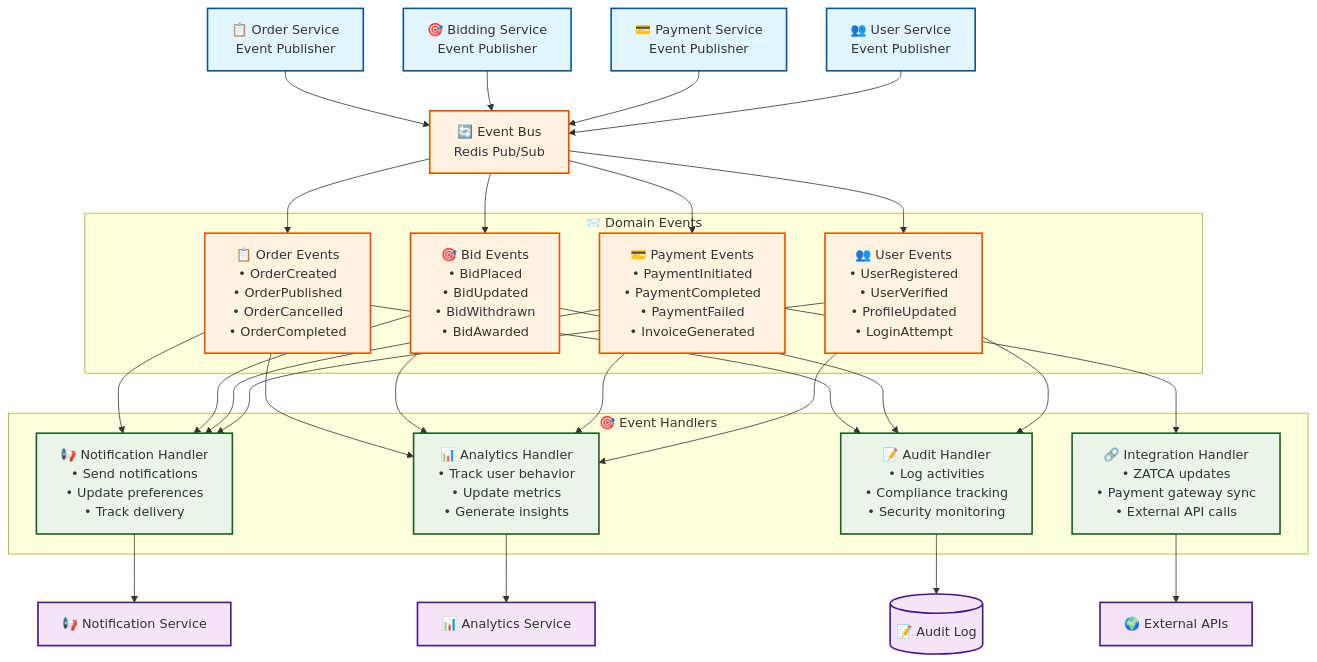
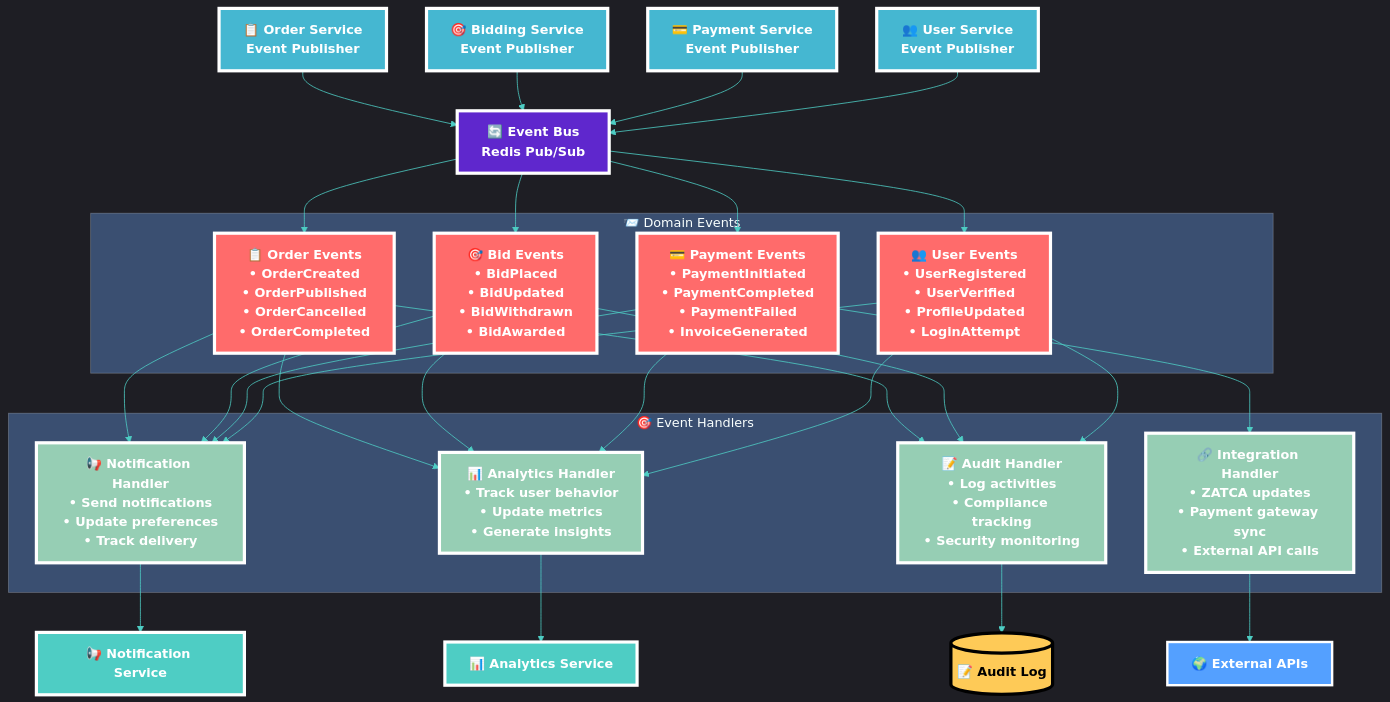
One commit to abdoElHodaky/larvrevrstender changed the seventh of 7 diagrams in diagrams/service-architecture.md. Above: the diagram before and after it, drawn with Mermaid. The commit also changed other lines of this file, not shown here.

First line of the commit message:
🎯 FINAL STEP: Complete service architecture diagrams with distinguished styling

````diff
--- a/diagrams/service-architecture.md
+++ b/diagrams/service-architecture.md
@@ -485,4 +620,20 @@
 ```mermaid
+%%{init: {
+  'theme': 'dark',
+  'themeVariables': {
+    'primaryColor': '#FF6B6B',
+    'primaryTextColor': '#FFFFFF',
+    'primaryBorderColor': '#FF8E8E',
+    'lineColor': '#4ECDC4',
+    'secondaryColor': '#45B7D1',
+    'tertiaryColor': '#96CEB4',
+    'background': '#0F172A',
+    'mainBkg': '#1E293B',
+    'secondBkg': '#334155',
+    'tertiaryBkg': '#475569'
+  }
+}}%%
+
 graph TB
     %% Event Sources
     OrderSvc[📋 Order Service<br/>Event Publisher]
@@ -542,14 +693,21 @@
     AuditHandler --> AuditLog[(📝 Audit Log)]
     IntegrationHandler --> ExternalAPIs[🌍 External APIs]
     
-    %% Styling
-    classDef serviceBox fill:#e1f5fe,stroke:#01579b,stroke-width:2px
-    classDef eventBox fill:#fff3e0,stroke:#e65100,stroke-width:2px
-    classDef handlerBox fill:#e8f5e8,stroke:#1b5e20,stroke-width:2px
-    classDef outputBox fill:#f3e5f5,stroke:#4a148c,stroke-width:2px
+    %% 🎨 Distinguished Eye-Catching Styling
+    classDef coreServiceStyle fill:#45B7D1,stroke:#FFFFFF,stroke-width:4px,color:#FFFFFF,font-weight:bold
+    classDef eventBusStyle fill:#5F27CD,stroke:#FFFFFF,stroke-width:4px,color:#FFFFFF,font-weight:bold
+    classDef eventStyle fill:#FF6B6B,stroke:#FFFFFF,stroke-width:4px,color:#FFFFFF,font-weight:bold
+    classDef handlerStyle fill:#96CEB4,stroke:#FFFFFF,stroke-width:4px,color:#FFFFFF,font-weight:bold
+    classDef outputServiceStyle fill:#4ECDC4,stroke:#FFFFFF,stroke-width:4px,color:#FFFFFF,font-weight:bold
+    classDef dataStyle fill:#FECA57,stroke:#000000,stroke-width:4px,color:#000000,font-weight:bold
+    classDef externalStyle fill:#54A0FF,stroke:#FFFFFF,stroke-width:3px,color:#FFFFFF,font-weight:bold
     
-    class OrderSvc,BiddingSvc,PaymentSvc,UserSvc serviceBox
-    class EventBus,OrderEvents,BidEvents,PaymentEvents,UserEvents eventBox
-    class NotificationHandler,AnalyticsHandler,AuditHandler,IntegrationHandler handlerBox
-    class NotificationSvc,AnalyticsSvc,AuditLog,ExternalAPIs outputBox
+    %% Apply Component Styling
+    class OrderSvc,BiddingSvc,PaymentSvc,UserSvc coreServiceStyle
+    class EventBus eventBusStyle
+    class OrderEvents,BidEvents,PaymentEvents,UserEvents eventStyle
+    class NotificationHandler,AnalyticsHandler,AuditHandler,IntegrationHandler handlerStyle
+    class NotificationSvc,AnalyticsSvc outputServiceStyle
+    class AuditLog dataStyle
+    class ExternalAPIs externalStyle
 ```
````
